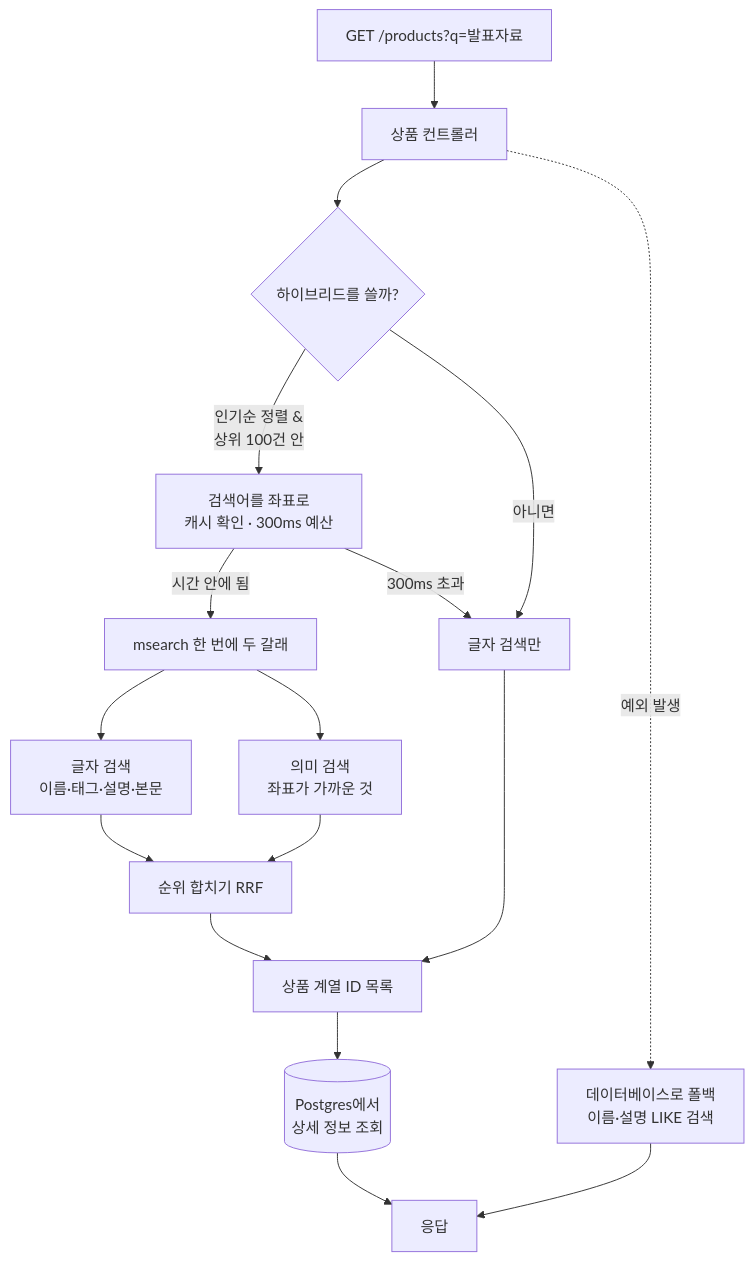
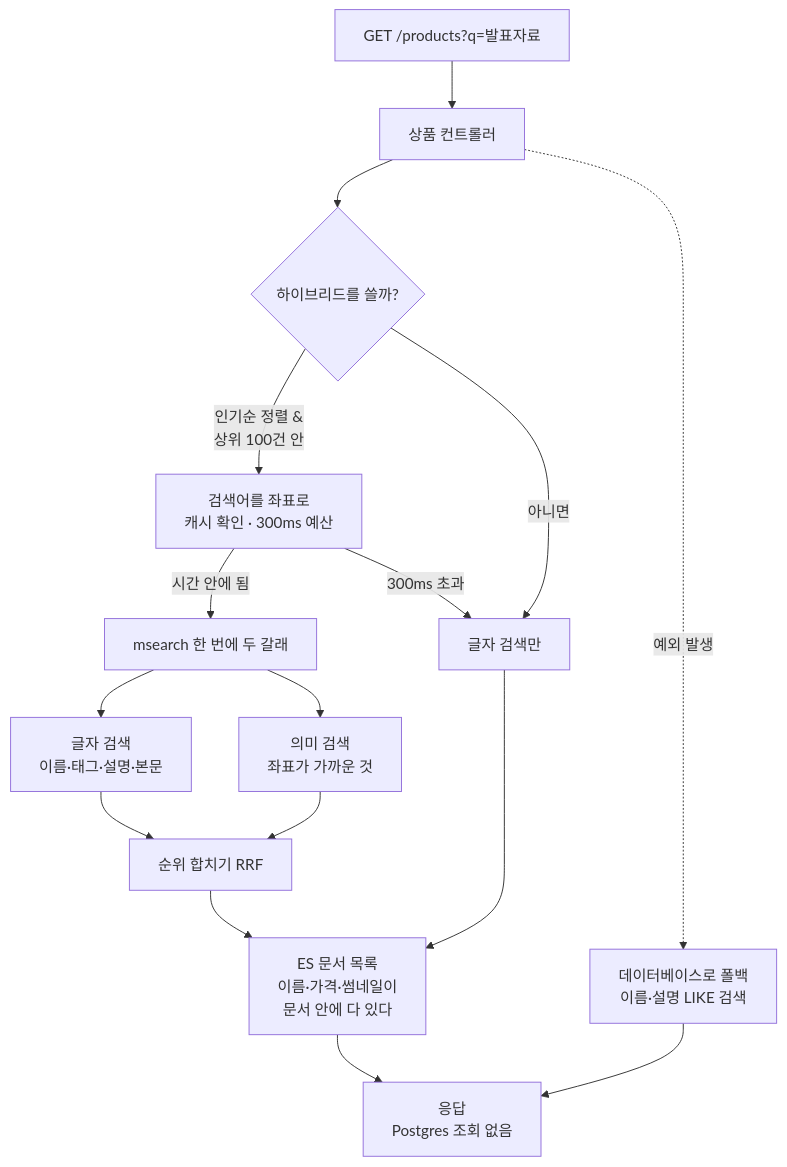
One commit to jhkimm96/jihee-portfolio changed the third of 4 diagrams in content/prompthub/decisions/product-service/es-vector-search-end-to-end-flow.mdx. Above: the diagram before and after it, drawn with Mermaid. The commit also changed other lines of this file, not shown here.

````diff
--- a/content/prompthub/decisions/product-service/es-vector-search-end-to-end-flow.mdx
+++ b/content/prompthub/decisions/product-service/es-vector-search-end-to-end-flow.mdx
@@ -169,25 +169,24 @@
 ```mermaid
 flowchart TB
     Q["GET /products?q=발표자료"] --> C[상품 컨트롤러]
     C --> J{하이브리드를 쓸까?}
 
     J -->|"인기순 정렬 &<br/>상위 100건 안"| E1[검색어를 좌표로<br/>캐시 확인 · 300ms 예산]
     J -->|아니면| L0[글자 검색만]
 
     E1 -->|시간 안에 됨| MS[msearch 한 번에 두 갈래]
     E1 -->|300ms 초과| L0
 
     MS --> LEG1[글자 검색<br/>이름·태그·설명·본문]
     MS --> LEG2[의미 검색<br/>좌표가 가까운 것]
 
     LEG1 --> RRF[순위 합치기 RRF]
     LEG2 --> RRF
-    RRF --> IDS[상품 계열 ID 목록]
-    L0 --> IDS
+    RRF --> HITS["ES 문서 목록<br/>이름·가격·썸네일이<br/>문서 안에 다 있다"]
+    L0 --> HITS
 
-    IDS --> PGQ[(Postgres에서<br/>상세 정보 조회)]
-    PGQ --> RES[응답]
+    HITS --> RES["응답<br/>Postgres 조회 없음"]
 
     C -.예외 발생.-> FB[데이터베이스로 폴백<br/>이름·설명 LIKE 검색]
     FB --> RES
 ```
````
